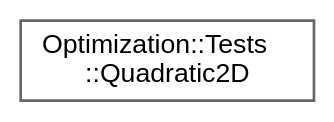
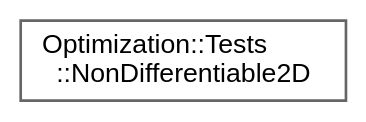
Before and after one commit to jswoo0615/Algorithms_for_Optimization_cpp: the diagram in inherit_graph_40.dot, drawn with Graphviz. The commit also changed 71 other files, not shown here.

```diff
--- a/inherit_graph_40.dot
+++ b/inherit_graph_40.dot
@@ -1,9 +1,9 @@
 digraph "Graphical Class Hierarchy"
 {
  // LATEX_PDF_SIZE
   bgcolor="transparent";
   edge [fontname=Helvetica,fontsize=10,labelfontname=Helvetica,labelfontsize=10];
   node [fontname=Helvetica,fontsize=10,shape=box,height=0.2,width=0.4];
   rankdir="LR";
-  Node0 [id="Node000000",label="Optimization::Tests\l::Quadratic2D",height=0.2,width=0.4,color="grey40", fillcolor="white", style="filled",URL="$structOptimization_1_1Tests_1_1Quadratic2D.html",tooltip=" "];
+  Node0 [id="Node000000",label="Optimization::Tests\l::NonDifferentiable2D",height=0.2,width=0.4,color="grey40", fillcolor="white", style="filled",URL="$structOptimization_1_1Tests_1_1NonDifferentiable2D.html",tooltip="미분 불가능한 2차원 목적 함수 (Non-differentiable Function) f(x) = |x_1| + 2 * |x_2 - 1.0| 전역 최적점: x* = [0...."];
 }
```
